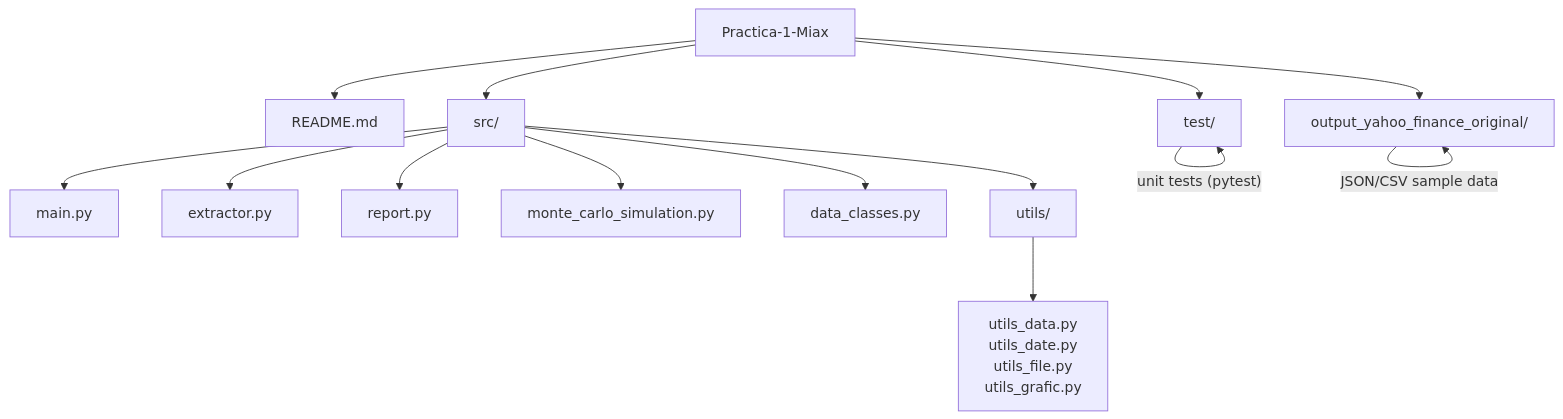
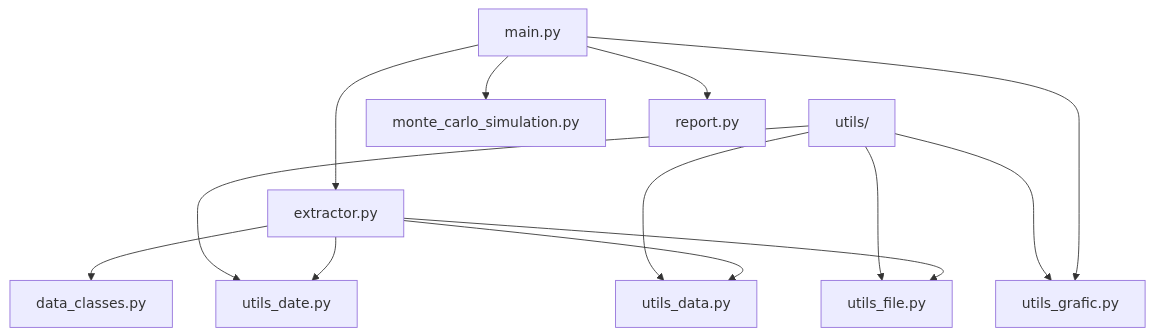
The diagram in README.md (NataliaSJO/Practica-1-Miax), drawn with Mermaid before and after one commit. The commit also changed other lines of this file and 12 other files, not shown here.

````diff
--- a/README.md
+++ b/README.md
@@ -67,32 +72,33 @@
 ```mermaid
 flowchart TD
-  Project["Practica-1-Miax"]
-  README["README.md"]
-  src["src/"]
-  main["main.py"]
-  extractor["extractor.py"]
-  report["report.py"]
-  montecarlo["monte_carlo_simulation.py"]
-  dataclasses["data_classes.py"]
-  utils["utils/"]
-  utils_files["utils_data.py\nutils_date.py\nutils_file.py\nutils_grafic.py"]
-  tests["test/"]
-  outputs["output_yahoo_finance_original/"]
 
-  Project --> README
-  Project --> src
-  Project --> tests
-  Project --> outputs
+  Utils["utils/"]
+  DataClasses["data_classes.py"]
+  Extractor["extractor.py"]
+  Main["main.py"]
+  MonteCarlo["monte_carlo_simulation.py"]
+  Report["report.py"]
 
-  src --> main
-  src --> extractor
-  src --> report
-  src --> montecarlo
-  src --> dataclasses
-  src --> utils
+  UtilsData["utils_data.py"]
+  UtilsDate["utils_date.py"]
+  UtilsFile["utils_file.py"]
+  UtilsGrafic["utils_grafic.py"]
 
-  utils --> utils_files
+  MonteCarlo["monte_carlo_simulation.py"]
+  Report["report.py"]
 
-  tests --> |"unit tests (pytest)"| tests
-  outputs --> |"JSON/CSV sample data"| outputs
+  Utils ---> UtilsData
+  Utils ---> UtilsDate
+  Utils ---> UtilsFile
+  Utils ---> UtilsGrafic
+
+  Main ---> Extractor
+  Main --> UtilsGrafic
+  Main --> MonteCarlo
+  Main --> Report
+
+  Extractor --> DataClasses
+  Extractor --> UtilsDate
+  Extractor --> UtilsData
+  Extractor --> UtilsFile
 ```
````
